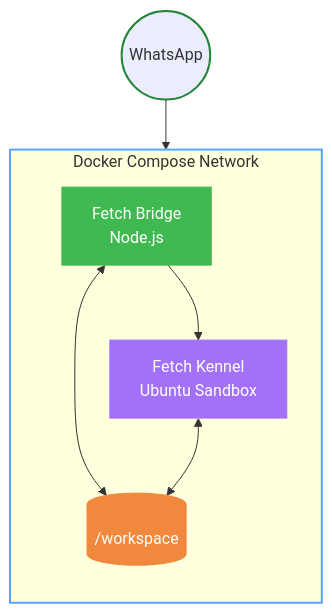
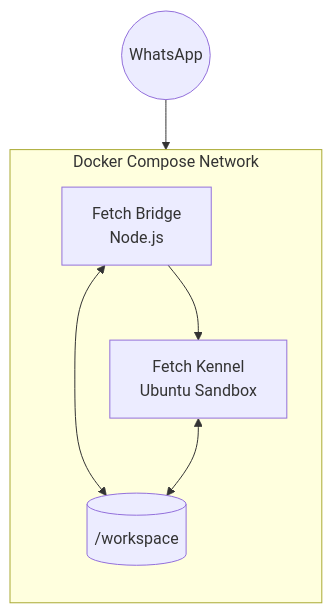
Before and after one commit to Traves-Theberge/Fetch: the first of 3 diagrams in docs/markdown/ARCHITECTURE.md, drawn with Mermaid. The commit also changed other lines of this file and 12 other files, not shown here.

````diff
--- a/docs/markdown/ARCHITECTURE.md
+++ b/docs/markdown/ARCHITECTURE.md
@@ -5,26 +5,15 @@
 ```mermaid
 flowchart TB
     WhatsApp((WhatsApp)) --> Bridge[Fetch Bridge<br/>Node.js]
     Bridge --> Kennel[Fetch Kennel<br/>Ubuntu Sandbox]
     Bridge <--> Workspace[("/workspace")]
     Kennel <--> Workspace
 
     subgraph Docker [Docker Compose Network]
         direction TB
         Bridge
         Kennel
         Workspace
     end
 
-    classDef bridge fill:#3fb950,stroke:#3fb950,color:#fff
-    classDef kennel fill:#a371f7,stroke:#a371f7,color:#fff
-    classDef workspace fill:#f0883e,stroke:#f0883e,color:#fff
-    classDef docker stroke:#58a6ff,stroke-width:2px
-    classDef whatsapp stroke:#238636,stroke-width:2px
-
-    class Bridge bridge
-    class Kennel kennel
-    class Workspace workspace
-    class Docker docker
-    class WhatsApp whatsapp
 ```
````
